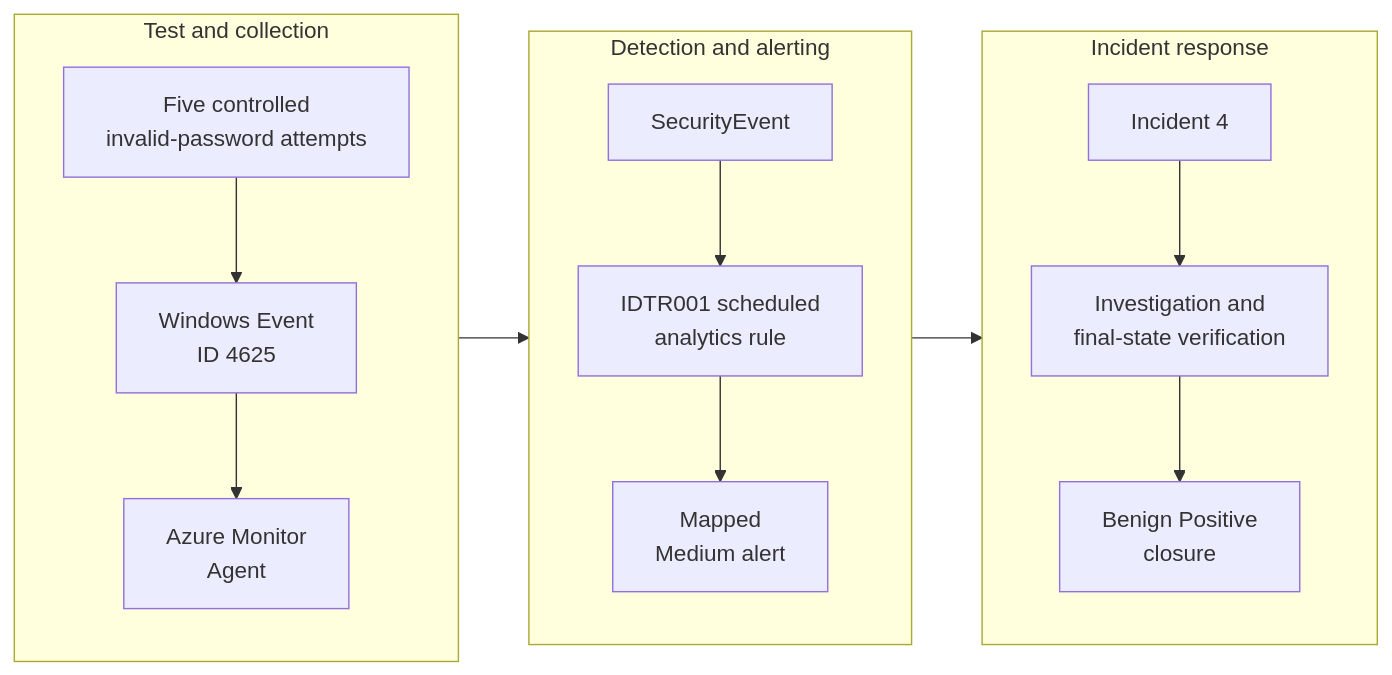
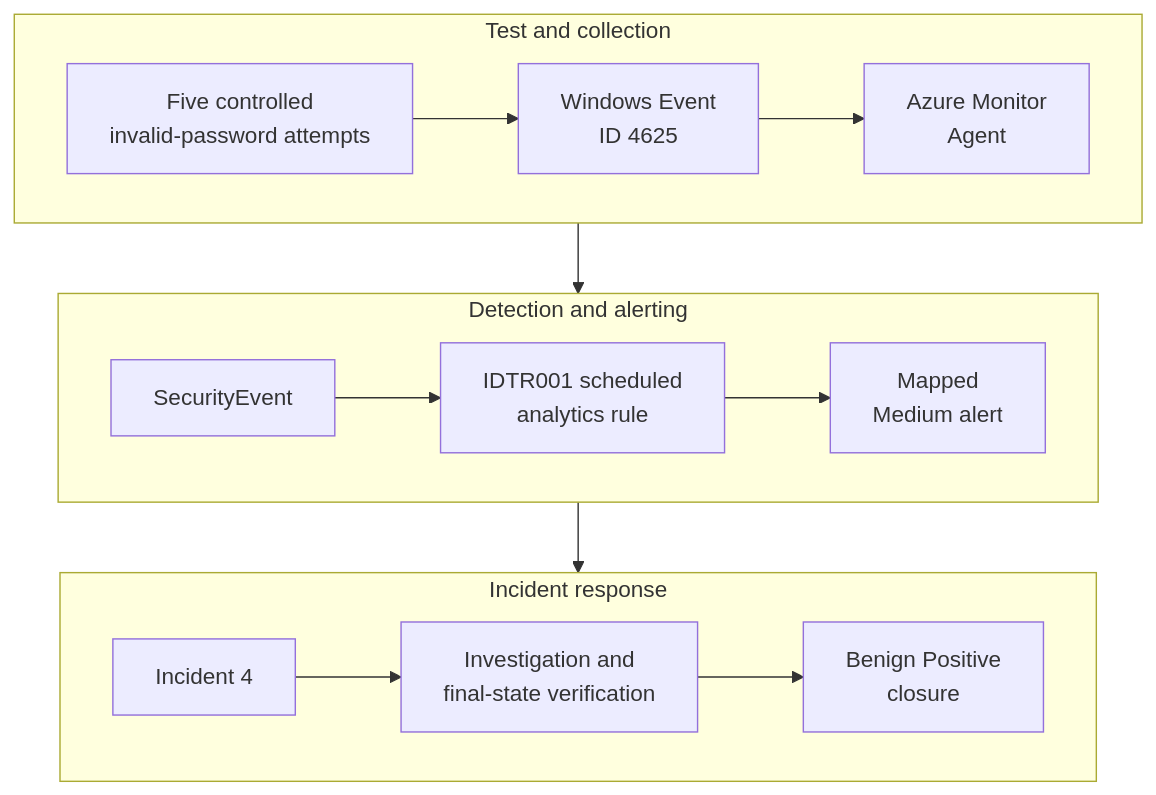
The diagram in docs/Password-Spray-Detection.md (danielbeltran26/microsoft-identity-threat-detection-response), drawn with Mermaid before and after one commit.

Commit message:
docs: stack password-spray flow stages
Place the three diagram stages on separate rows so GitHub does not compress or obscure the node labels.

````diff
--- a/docs/Password-Spray-Detection.md
+++ b/docs/Password-Spray-Detection.md
@@ -32,23 +32,23 @@
 ```mermaid
-flowchart LR
+flowchart TB
     subgraph SOURCE["Test and collection"]
-        direction TB
+        direction LR
         TEST["Five controlled<br/>invalid-password attempts"] --> EVT["Windows Event<br/>ID 4625"]
         EVT --> AMA["Azure Monitor<br/>Agent"]
     end
 
     subgraph DETECTION["Detection and alerting"]
-        direction TB
+        direction LR
         SE["SecurityEvent"] --> RULE["IDTR001 scheduled<br/>analytics rule"]
         RULE --> ALERT["Mapped<br/>Medium alert"]
     end
 
     subgraph RESPONSE["Incident response"]
-        direction TB
+        direction LR
         INC["Incident 4"] --> VERIFY["Investigation and<br/>final-state verification"]
         VERIFY --> CLOSE["Benign Positive<br/>closure"]
     end
 
     AMA --> SE
     ALERT --> INC
 ```
````
